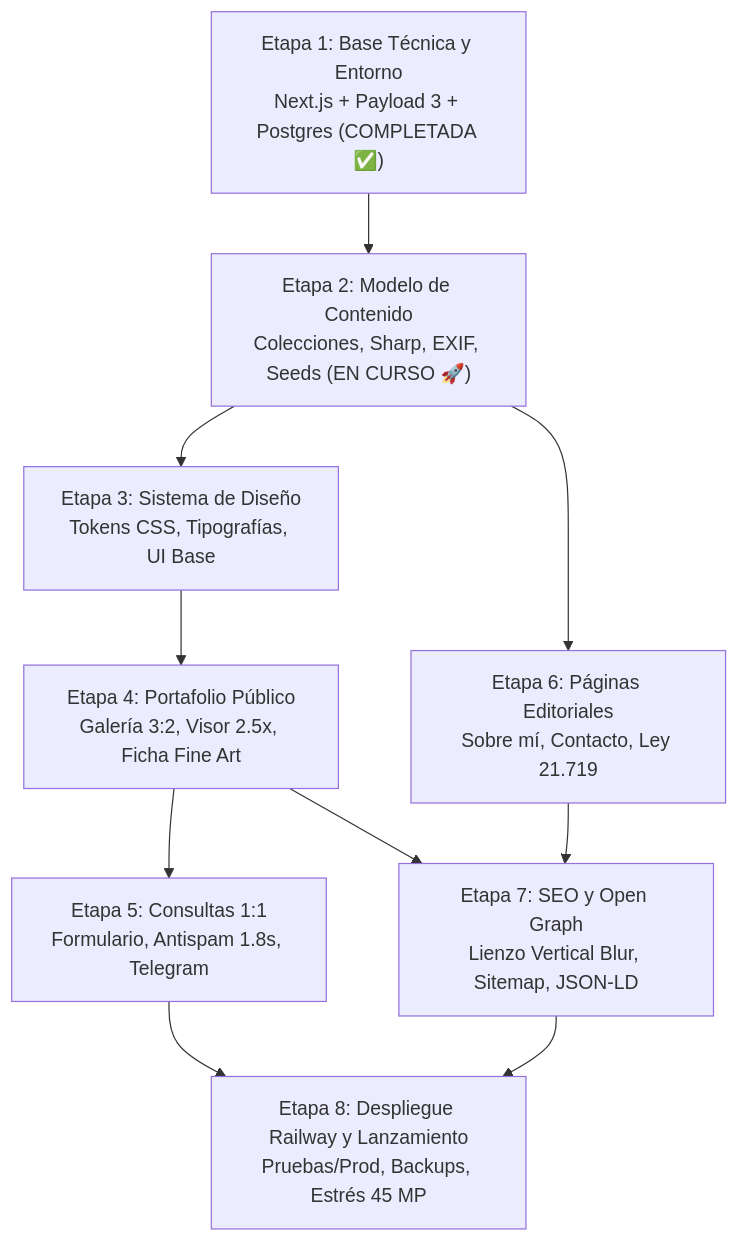
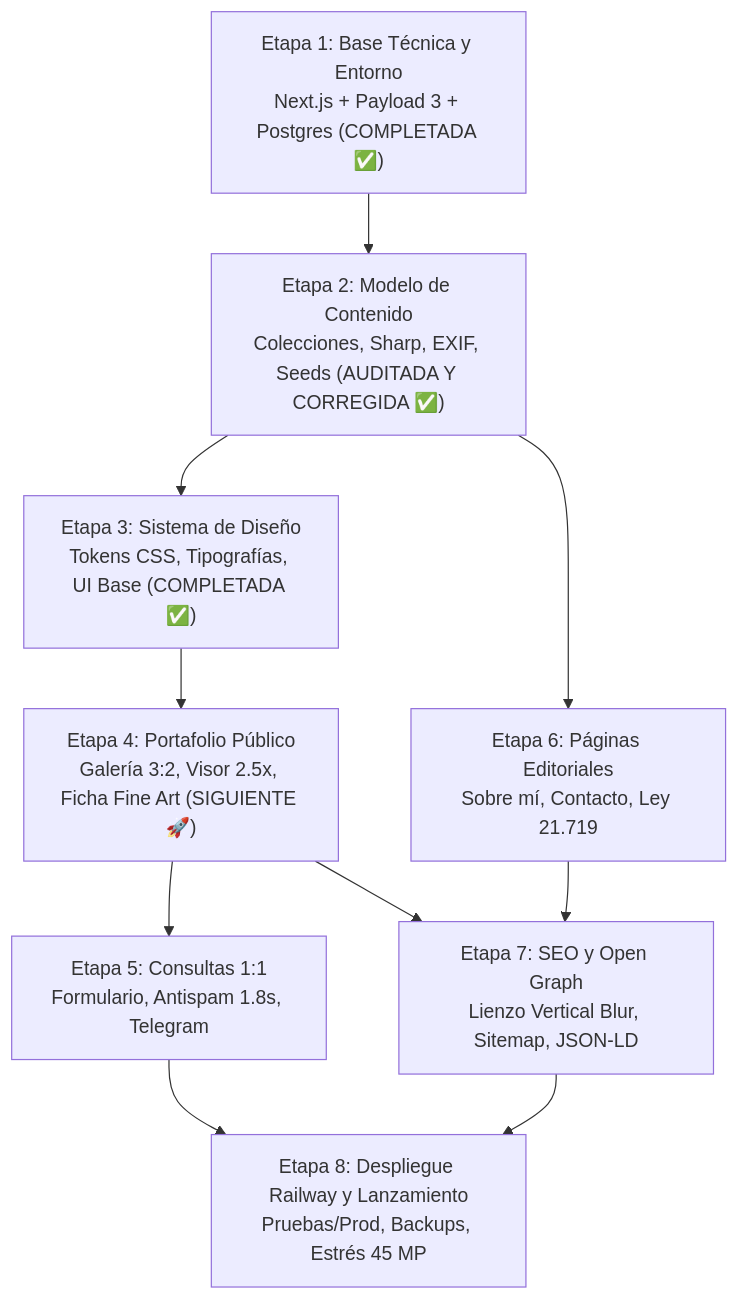
The diagram in DocumentosTecnicos/_PLAN_IMPLEMENTACION.md (RodDiazT/Web_RodDiaz), drawn with Mermaid before and after one commit. The commit also changed other lines of this file and 84 other files, not shown here.

First line of the commit message:
feat: implementa y audita modelo de contenido (Etapa 2) y sistema de diseño (Etapa 3)

````diff
--- a/DocumentosTecnicos/_PLAN_IMPLEMENTACION.md
+++ b/DocumentosTecnicos/_PLAN_IMPLEMENTACION.md
@@ -32,12 +32,12 @@
 ```mermaid
 flowchart TD
-    E1["Etapa 1: Base Técnica y Entorno\nNext.js + Payload 3 + Postgres (COMPLETADA ✅)"] --> E2["Etapa 2: Modelo de Contenido\nColecciones, Sharp, EXIF, Seeds (EN CURSO 🚀)"]
-    E2 --> E3["Etapa 3: Sistema de Diseño\nTokens CSS, Tipografías, UI Base"]
-    E3 --> E4["Etapa 4: Portafolio Público\nGalería 3:2, Visor 2.5x, Ficha Fine Art"]
+    E1["Etapa 1: Base Técnica y Entorno\nNext.js + Payload 3 + Postgres (COMPLETADA ✅)"] --> E2["Etapa 2: Modelo de Contenido\nColecciones, Sharp, EXIF, Seeds (AUDITADA Y CORREGIDA ✅)"]
+    E2 --> E3["Etapa 3: Sistema de Diseño\nTokens CSS, Tipografías, UI Base (COMPLETADA ✅)"]
+    E3 --> E4["Etapa 4: Portafolio Público\nGalería 3:2, Visor 2.5x, Ficha Fine Art (SIGUIENTE 🚀)"]
     E4 --> E5["Etapa 5: Consultas 1:1\nFormulario, Antispam 1.8s, Telegram"]
     E2 --> E6["Etapa 6: Páginas Editoriales\nSobre mí, Contacto, Ley 21.719"]
     E4 --> E7["Etapa 7: SEO y Open Graph\nLienzo Vertical Blur, Sitemap, JSON-LD"]
     E6 --> E7
     E5 --> E8["Etapa 8: Despliegue Railway y Lanzamiento\nPruebas/Prod, Backups, Estrés 45 MP"]
     E7 --> E8
 ```
````
